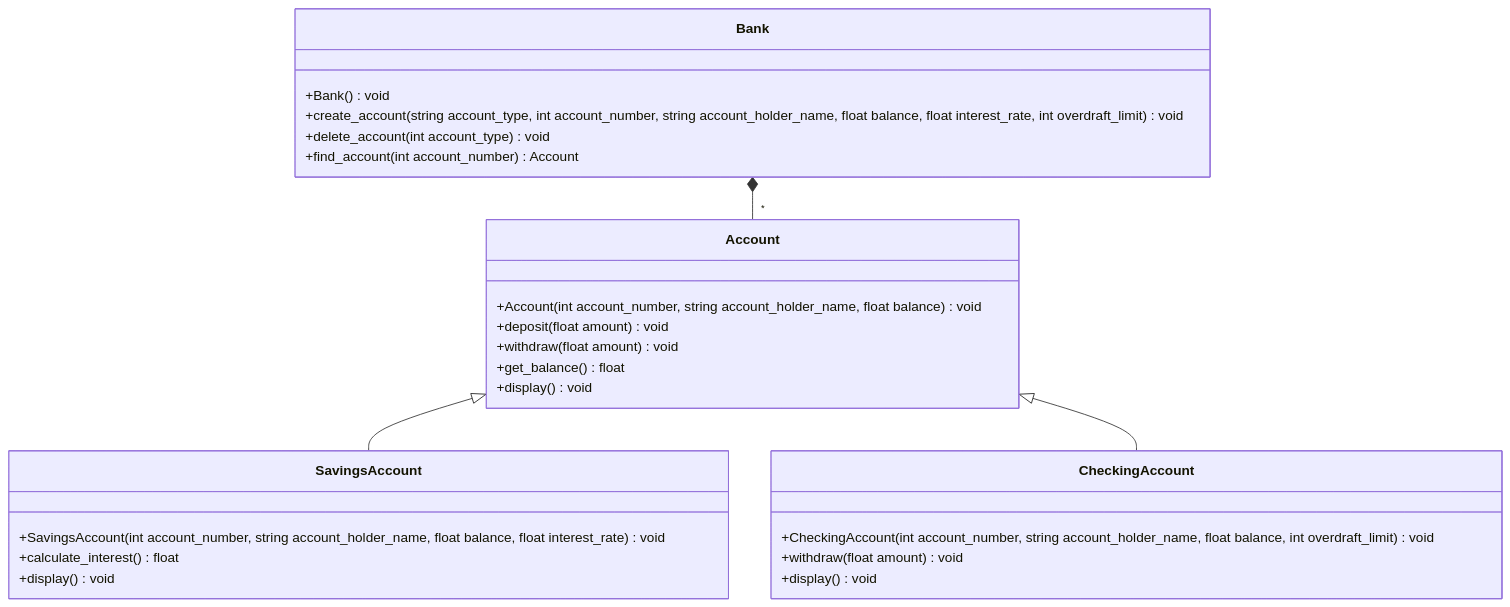
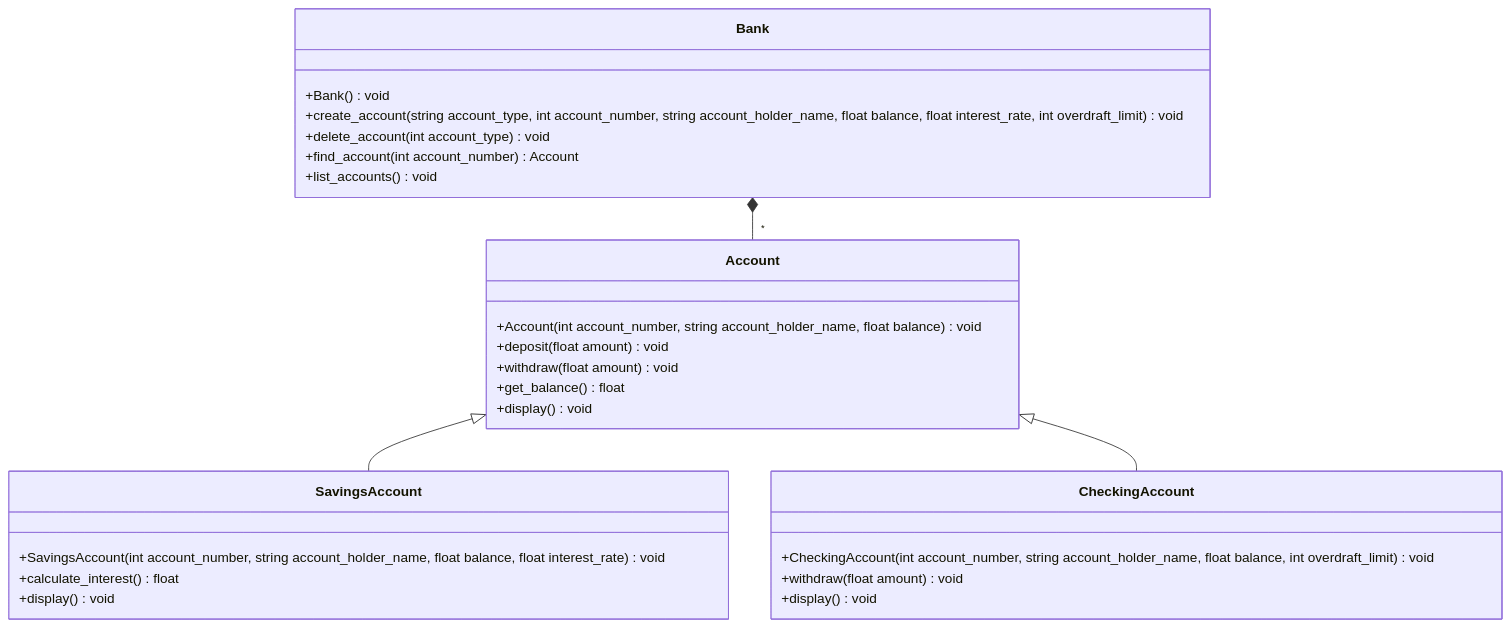
Before and after one commit to EECE3093C/Le_Huy__bearcat_trust_bank: the diagram in docs/uml_class_diagram.md, drawn with Mermaid.

Commit message:
Include list_accounts() method into the class

````diff
--- a/docs/uml_class_diagram.md
+++ b/docs/uml_class_diagram.md
@@ -5,29 +5,30 @@
 ```mermaid
 classDiagram
     class Bank {
         +Bank() void
         +create_account(string account_type, int account_number, string account_holder_name, float balance, float interest_rate, int overdraft_limit) void
         +delete_account(int account_type) void
         +find_account(int account_number) Account
+        +list_accounts() void
     }
     class Account {
         +Account(int account_number, string account_holder_name, float balance) void
         +deposit(float amount) void
         +withdraw(float amount) void
         +get_balance() float
         +display() void
     }
     class SavingsAccount  {
         +SavingsAccount(int account_number, string account_holder_name, float balance, float interest_rate) void
         +calculate_interest() float
         +display() void
     }
     class CheckingAccount {
         +CheckingAccount(int account_number, string account_holder_name, float balance, int overdraft_limit) void
         +withdraw(float amount) void
         +display() void
     }
     Account <|-- SavingsAccount
     Account <|-- CheckingAccount
     Bank *-- "*" Account
 ```
````
